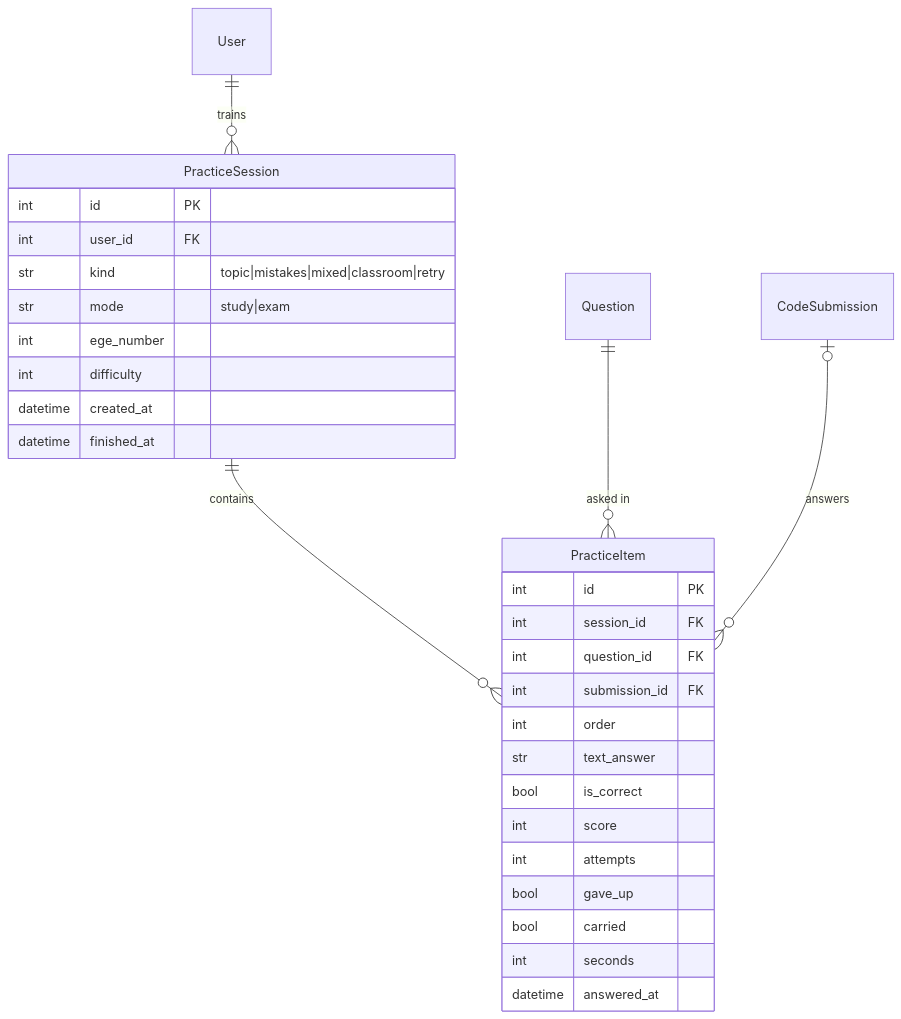
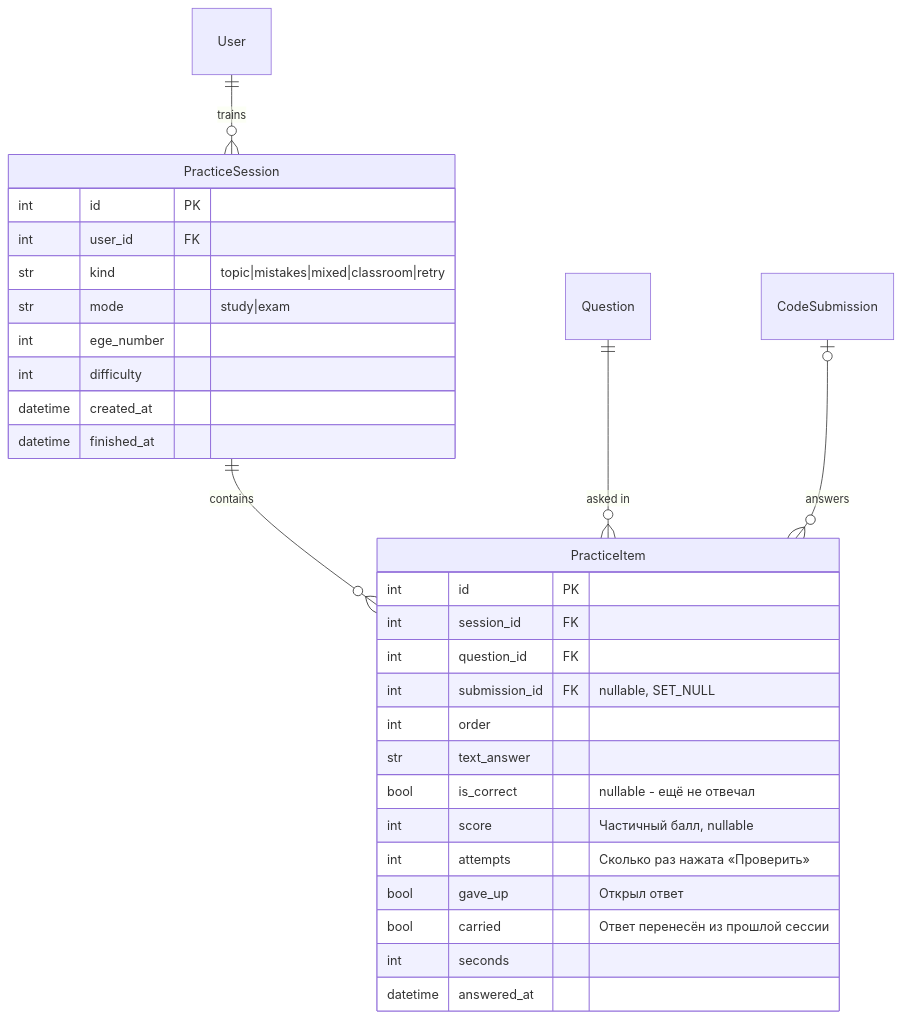
One commit to Kirill2517nv/SiteAboutMe changed the seventh of 10 diagrams in docs/database/er-diagram.md. Above: the diagram before and after it, drawn with Mermaid. The commit also changed other lines of this file and 40 other files, not shown here.

````diff
--- a/docs/database/er-diagram.md
+++ b/docs/database/er-diagram.md
@@ -291,34 +401,34 @@
 ```mermaid
 erDiagram
     User ||--o{ PracticeSession : "trains"
     PracticeSession ||--o{ PracticeItem : "contains"
     Question ||--o{ PracticeItem : "asked in"
     CodeSubmission |o--o{ PracticeItem : "answers"
 
     PracticeSession {
         int id PK
         int user_id FK
         str kind "topic|mistakes|mixed|classroom|retry"
         str mode "study|exam"
         int ege_number
         int difficulty
         datetime created_at
         datetime finished_at
     }
 
     PracticeItem {
         int id PK
         int session_id FK
         int question_id FK
-        int submission_id FK
+        int submission_id FK "nullable, SET_NULL"
         int order
         str text_answer
-        bool is_correct
-        int score
-        int attempts
-        bool gave_up
-        bool carried
+        bool is_correct "nullable - ещё не отвечал"
+        int score "Частичный балл, nullable"
+        int attempts "Сколько раз нажата «Проверить»"
+        bool gave_up "Открыл ответ"
+        bool carried "Ответ перенесён из прошлой сессии"
         int seconds
         datetime answered_at
     }
 ```
````
